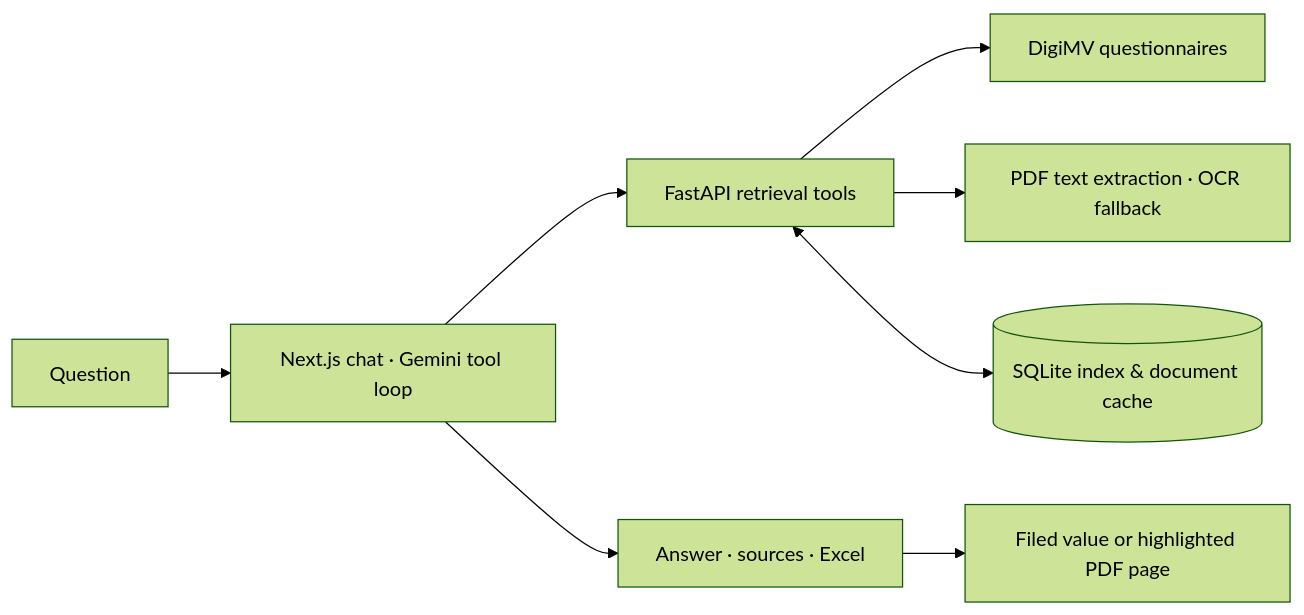
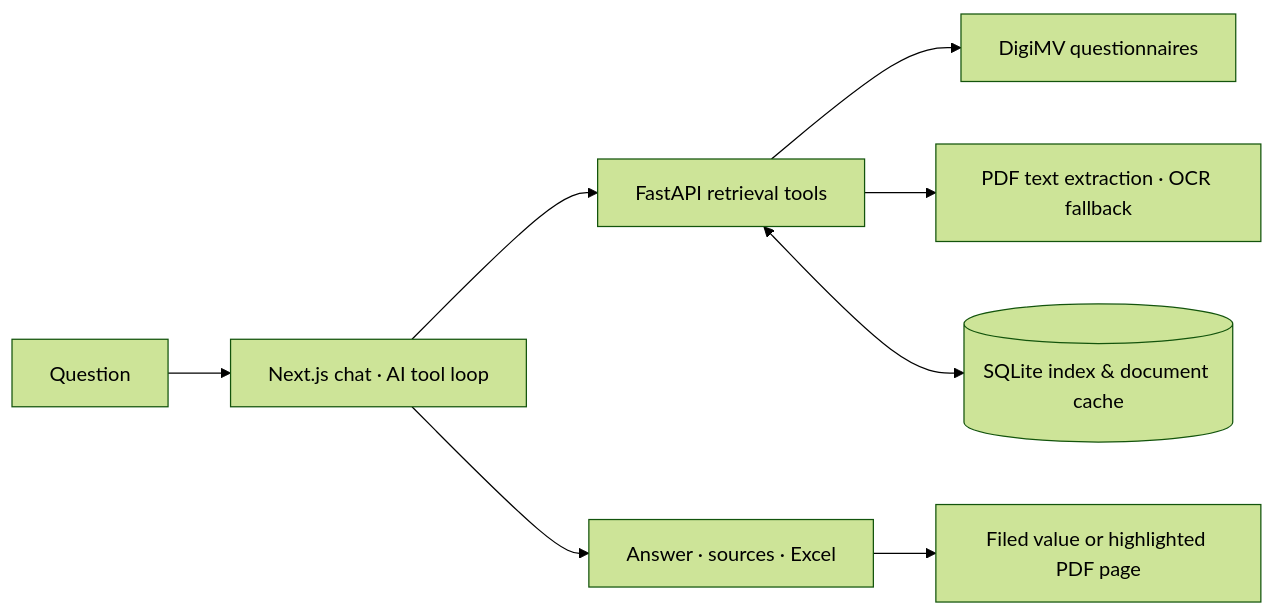
One commit to FrisoWiegersma/jaarverantwoording-zorg changed the diagram in README.md. Above: the diagram before and after it, drawn with Mermaid (forest theme). The commit also changed other lines of this file and 21 other files, not shown here.

````diff
--- a/README.md
+++ b/README.md
@@ -45,10 +45,10 @@
 ```mermaid
 flowchart LR
-    U[Question] --> C[Next.js chat · Gemini tool loop]
+    U[Question] --> C[Next.js chat · AI tool loop]
     C --> R[FastAPI retrieval tools]
     R --> Q[DigiMV questionnaires]
     R --> P[PDF text extraction · OCR fallback]
     R <--> D[(SQLite index & document cache)]
     C --> A[Answer · sources · Excel]
     A --> E[Filed value or highlighted PDF page]
 ```
````
